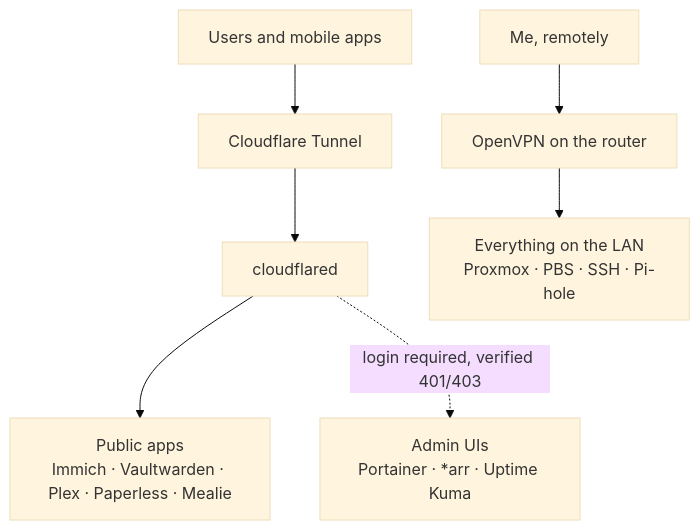
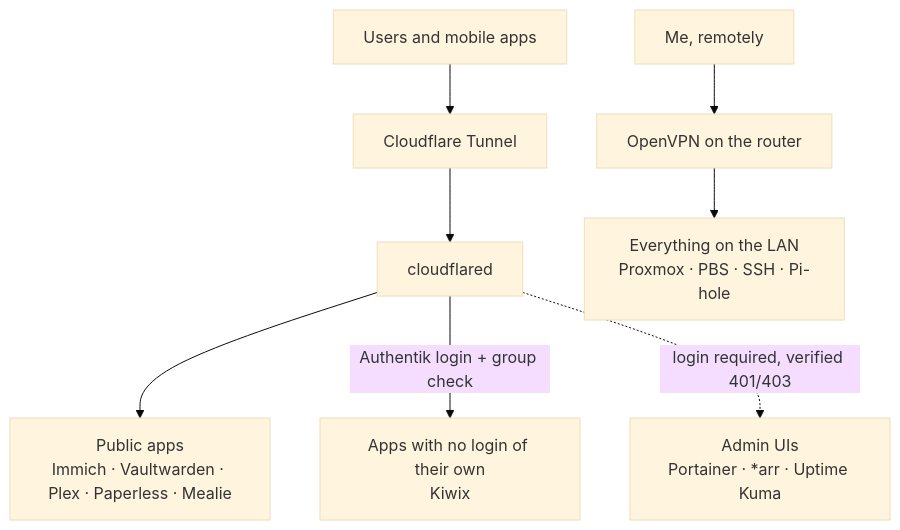
Before and after one commit to Zanderskier/homelab: the first of 2 diagrams in README.md, drawn with Mermaid (base theme). The commit also changed other lines of this file and 1 other file, not shown here.

Commit message:
Docs: Kiwix public behind Authentik proxy outpost (phase 5 done)

````diff
--- a/README.md
+++ b/README.md
@@ -54,10 +54,11 @@
 ```mermaid
 flowchart TB
     U["Users and mobile apps"] --> CF["Cloudflare Tunnel"]
     A["Me, remotely"] --> VPN["OpenVPN on the router"]
 
     CF --> CFD["cloudflared"]
     CFD --> PUB["Public apps<br/>Immich · Vaultwarden · Plex · Paperless · Mealie"]
+    CFD -- "Authentik login + group check" --> AKP["Apps with no login of their own<br/>Kiwix"]
     CFD -. "login required, verified 401/403" .-> ADM["Admin UIs<br/>Portainer · *arr · Uptime Kuma"]
     VPN --> LAN["Everything on the LAN<br/>Proxmox · PBS · SSH · Pi-hole"]
 ```
````
